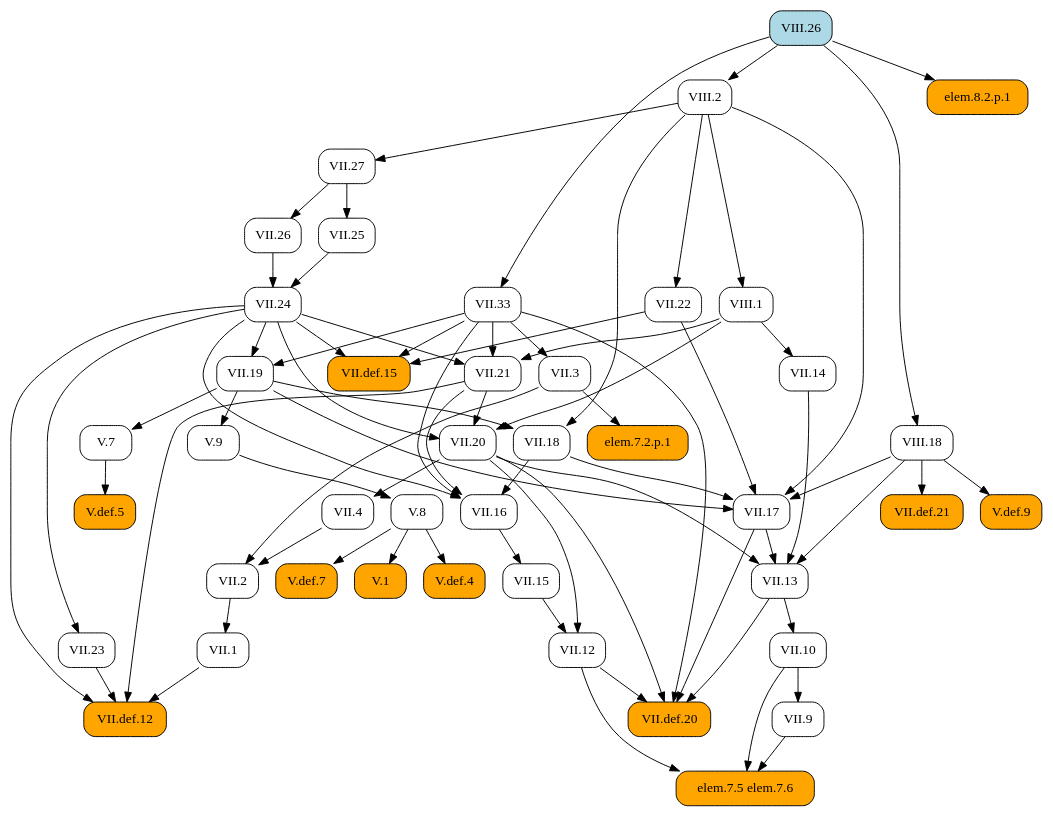
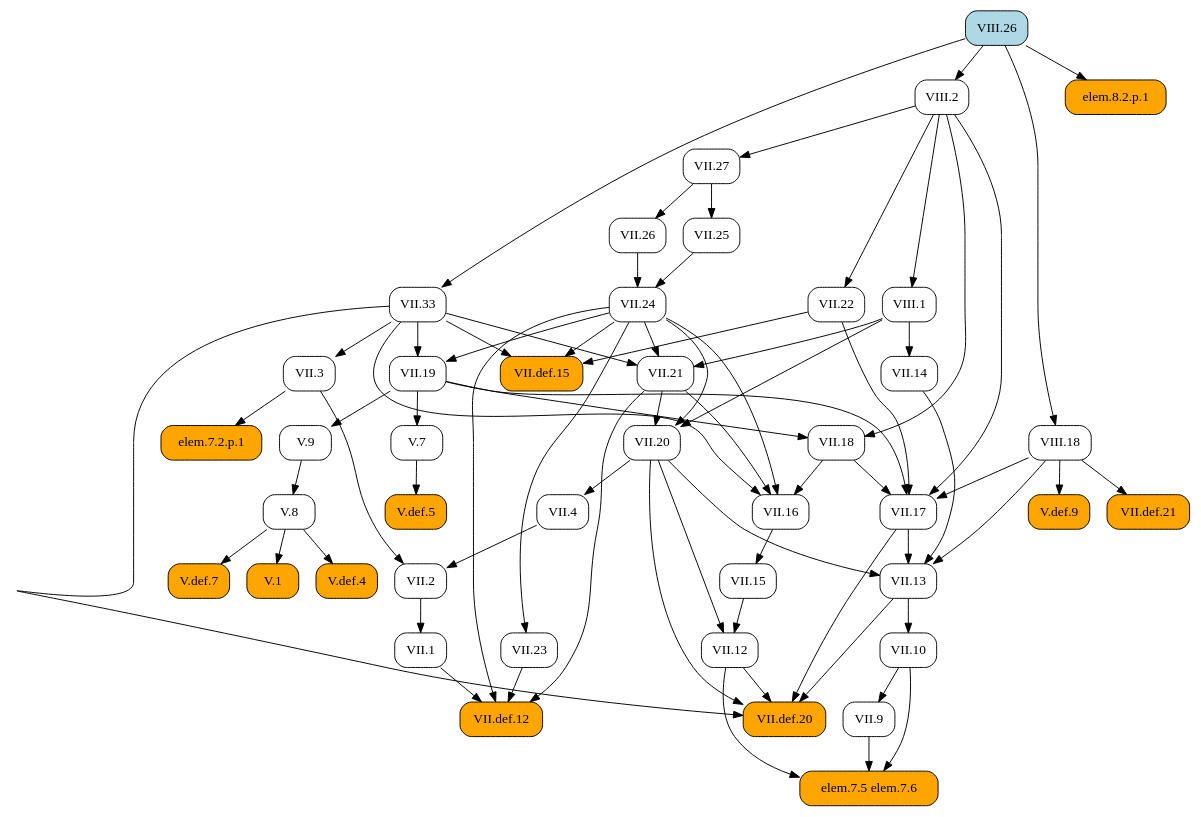
Before and after one commit to geometor/elements: the diagram in docsrc/heath/VIII/26/index.rst, drawn with Graphviz. The commit also changed other lines of this file and 1029 other files, not shown here.

```diff
--- a/docsrc/heath/VIII/26/index.rst
+++ b/docsrc/heath/VIII/26/index.rst
@@ -32,117 +32,117 @@
    digraph {
      rankdir="TB";
      node [shape=box, style=rounded];
-     "V.1" [style="rounded,filled", fillcolor=orange, URL="/heath/V/1/", target="_top"];
-     "VII.12" [URL="/heath/VII/12/", target="_top"];
-     "VII.16" [URL="/heath/VII/16/", target="_top"];
-     "VII.13" [URL="/heath/VII/13/", target="_top"];
-     "VII.14" [URL="/heath/VII/14/", target="_top"];
-     "V.def.4" [style="rounded,filled", fillcolor=orange, URL="/heath/V/def.4/", target="_top"];
-     "VII.def.15" [style="rounded,filled", fillcolor=orange, URL="/heath/VII/def.15/", target="_top"];
-     "VII.18" [URL="/heath/VII/18/", target="_top"];
-     "V.8" [URL="/heath/V/8/", target="_top"];
-     "VII.21" [URL="/heath/VII/21/", target="_top"];
-     "V.7" [URL="/heath/V/7/", target="_top"];
-     "VII.15" [URL="/heath/VII/15/", target="_top"];
-     "VII.def.12" [style="rounded,filled", fillcolor=orange, URL="/heath/VII/def.12/", target="_top"];
-     "VIII.18" [URL="/heath/VIII/18/", target="_top"];
-     "VII.2" [URL="/heath/VII/2/", target="_top"];
-     "VII.def.20" [style="rounded,filled", fillcolor=orange, URL="/heath/VII/def.20/", target="_top"];
+     "VII.1" [URL="/heath/VII/1/", target="_top"];
+     "VIII.26" [style="rounded,filled", fillcolor=lightblue, URL="/heath/VIII/26/", target="_top"];
+     "VII.9" [URL="/heath/VII/9/", target="_top"];
+     "V.def.5" [style="rounded,filled", fillcolor=orange, URL="/heath/V/def.5/", target="_top"];
+     "VII.17" [URL="/heath/VII/17/", target="_top"];
      "VII.3" [URL="/heath/VII/3/", target="_top"];
      "elem.7.5 elem.7.6" [style="rounded,filled", fillcolor=orange];
+     "VII.def.21" [style="rounded,filled", fillcolor=orange, URL="/heath/VII/def.21/", target="_top"];
+     "V.7" [URL="/heath/V/7/", target="_top"];
+     "V.9" [URL="/heath/V/9/", target="_top"];
+     "VII.13" [URL="/heath/VII/13/", target="_top"];
+     "VII.2" [URL="/heath/VII/2/", target="_top"];
+     "VIII.1" [URL="/heath/VIII/1/", target="_top"];
+     "VIII.2" [URL="/heath/VIII/2/", target="_top"];
+     "VII.12" [URL="/heath/VII/12/", target="_top"];
+     "VII.24" [URL="/heath/VII/24/", target="_top"];
+     "VII.def.12" [style="rounded,filled", fillcolor=orange, URL="/heath/VII/def.12/", target="_top"];
+     "V.8" [URL="/heath/V/8/", target="_top"];
+     "VII.33" [URL="/heath/VII/33/", target="_top"];
+     "V.def.9" [style="rounded,filled", fillcolor=orange, URL="/heath/V/def.9/", target="_top"];
+     "elem.7.2.p.1" [style="rounded,filled", fillcolor=orange];
+     "VIII.18" [URL="/heath/VIII/18/", target="_top"];
+     "VII.10" [URL="/heath/VII/10/", target="_top"];
+     "VII.def.15" [style="rounded,filled", fillcolor=orange, URL="/heath/VII/def.15/", target="_top"];
+     "VII.19" [URL="/heath/VII/19/", target="_top"];
+     "VII.18" [URL="/heath/VII/18/", target="_top"];
+     "VII.16" [URL="/heath/VII/16/", target="_top"];
+     "VII.26" [URL="/heath/VII/26/", target="_top"];
+     "VII.4" [URL="/heath/VII/4/", target="_top"];
+     "VII.25" [URL="/heath/VII/25/", target="_top"];
+     "VII.21" [URL="/heath/VII/21/", target="_top"];
+     "V.1" [style="rounded,filled", fillcolor=orange, URL="/heath/V/1/", target="_top"];
+     "VII.20" [URL="/heath/VII/20/", target="_top"];
+     "VII.14" [URL="/heath/VII/14/", target="_top"];
+     "VII.27" [URL="/heath/VII/27/", target="_top"];
+     "V.def.4" [style="rounded,filled", fillcolor=orange, URL="/heath/V/def.4/", target="_top"];
+     "VII.22" [URL="/heath/VII/22/", target="_top"];
+     "V.def.7" [style="rounded,filled", fillcolor=orange, URL="/heath/V/def.7/", target="_top"];
+     "VII.23" [URL="/heath/VII/23/", target="_top"];
+     "VII.15" [URL="/heath/VII/15/", target="_top"];
+     "VII.def.20" [style="rounded,filled", fillcolor=orange, URL="/heath/VII/def.20/", target="_top"];
      "elem.8.2.p.1" [style="rounded,filled", fillcolor=orange];
-     "VII.10" [URL="/heath/VII/10/", target="_top"];
-     "V.def.7" [style="rounded,filled", fillcolor=orange, URL="/heath/V/def.7/", target="_top"];
-     "V.def.9" [style="rounded,filled", fillcolor=orange, URL="/heath/V/def.9/", target="_top"];
-     "VII.20" [URL="/heath/VII/20/", target="_top"];
-     "VII.9" [URL="/heath/VII/9/", target="_top"];
-     "VIII.1" [URL="/heath/VIII/1/", target="_top"];
-     "VII.25" [URL="/heath/VII/25/", target="_top"];
-     "VII.23" [URL="/heath/VII/23/", target="_top"];
-     "VII.27" [URL="/heath/VII/27/", target="_top"];
-     "VIII.2" [URL="/heath/VIII/2/", target="_top"];
-     "VII.24" [URL="/heath/VII/24/", target="_top"];
-     "VII.19" [URL="/heath/VII/19/", target="_top"];
-     "VII.4" [URL="/heath/VII/4/", target="_top"];
-     "elem.7.2.p.1" [style="rounded,filled", fillcolor=orange];
-     "V.9" [URL="/heath/V/9/", target="_top"];
-     "VII.26" [URL="/heath/VII/26/", target="_top"];
-     "VII.1" [URL="/heath/VII/1/", target="_top"];
-     "VII.22" [URL="/heath/VII/22/", target="_top"];
-     "VIII.26" [style="rounded,filled", fillcolor=lightblue, URL="/heath/VIII/26/", target="_top"];
-     "VII.33" [URL="/heath/VII/33/", target="_top"];
-     "VII.def.21" [style="rounded,filled", fillcolor=orange, URL="/heath/VII/def.21/", target="_top"];
-     "V.def.5" [style="rounded,filled", fillcolor=orange, URL="/heath/V/def.5/", target="_top"];
-     "VII.17" [URL="/heath/VII/17/", target="_top"];
-     "V.8" -> "V.1";
-     "VII.15" -> "VII.12";
-     "VII.20" -> "VII.12";
-     "VII.18" -> "VII.16";
-     "VII.21" -> "VII.16";
-     "VII.24" -> "VII.16";
-     "VII.33" -> "VII.16";
-     "VII.14" -> "VII.13";
-     "VII.17" -> "VII.13";
-     "VII.20" -> "VII.13";
-     "VIII.18" -> "VII.13";
-     "VIII.1" -> "VII.14";
-     "V.8" -> "V.def.4";
-     "VII.22" -> "VII.def.15";
-     "VII.24" -> "VII.def.15";
-     "VII.33" -> "VII.def.15";
-     "VII.19" -> "VII.18";
-     "VIII.2" -> "VII.18";
-     "V.9" -> "V.8";
-     "VII.24" -> "VII.21";
-     "VII.33" -> "VII.21";
-     "VIII.1" -> "VII.21";
-     "VII.19" -> "V.7";
-     "VII.16" -> "VII.15";
-     "VII.1" -> "VII.def.12";
-     "VII.21" -> "VII.def.12";
-     "VII.23" -> "VII.def.12";
-     "VII.24" -> "VII.def.12";
-     "VIII.26" -> "VIII.18";
-     "VII.3" -> "VII.2";
-     "VII.4" -> "VII.2";
-     "VII.12" -> "VII.def.20";
-     "VII.13" -> "VII.def.20";
-     "VII.17" -> "VII.def.20";
-     "VII.20" -> "VII.def.20";
-     "VII.33" -> "VII.def.20";
-     "VII.33" -> "VII.3";
-     "VII.9" -> "elem.7.5 elem.7.6";
-     "VII.10" -> "elem.7.5 elem.7.6";
-     "VII.12" -> "elem.7.5 elem.7.6";
-     "VIII.26" -> "elem.8.2.p.1";
-     "VII.13" -> "VII.10";
-     "V.8" -> "V.def.7";
-     "VIII.18" -> "V.def.9";
-     "VII.21" -> "VII.20";
-     "VII.24" -> "VII.20";
-     "VIII.1" -> "VII.20";
+     "VII.2" -> "VII.1";
      "VII.10" -> "VII.9";
-     "VIII.2" -> "VIII.1";
-     "VII.27" -> "VII.25";
-     "VII.24" -> "VII.23";
-     "VIII.2" -> "VII.27";
-     "VIII.26" -> "VIII.2";
-     "VII.25" -> "VII.24";
-     "VII.26" -> "VII.24";
-     "VII.24" -> "VII.19";
-     "VII.33" -> "VII.19";
-     "VII.20" -> "VII.4";
-     "VII.3" -> "elem.7.2.p.1";
-     "VII.19" -> "V.9";
-     "VII.27" -> "VII.26";
-     "VII.2" -> "VII.1";
-     "VIII.2" -> "VII.22";
-     "VIII.26" -> "VII.33";
-     "VIII.18" -> "VII.def.21";
      "V.7" -> "V.def.5";
      "VII.18" -> "VII.17";
      "VII.19" -> "VII.17";
      "VII.22" -> "VII.17";
      "VIII.2" -> "VII.17";
      "VIII.18" -> "VII.17";
+     "VII.33" -> "VII.3";
+     "VII.9" -> "elem.7.5 elem.7.6";
+     "VII.10" -> "elem.7.5 elem.7.6";
+     "VII.12" -> "elem.7.5 elem.7.6";
+     "VIII.18" -> "VII.def.21";
+     "VII.19" -> "V.7";
+     "VII.19" -> "V.9";
+     "VII.14" -> "VII.13";
+     "VII.17" -> "VII.13";
+     "VII.20" -> "VII.13";
+     "VIII.18" -> "VII.13";
+     "VII.3" -> "VII.2";
+     "VII.4" -> "VII.2";
+     "VIII.2" -> "VIII.1";
+     "VIII.26" -> "VIII.2";
+     "VII.15" -> "VII.12";
+     "VII.20" -> "VII.12";
+     "VII.25" -> "VII.24";
+     "VII.26" -> "VII.24";
+     "VII.1" -> "VII.def.12";
+     "VII.21" -> "VII.def.12";
+     "VII.23" -> "VII.def.12";
+     "VII.24" -> "VII.def.12";
+     "V.9" -> "V.8";
+     "VIII.26" -> "VII.33";
+     "VIII.18" -> "V.def.9";
+     "VII.3" -> "elem.7.2.p.1";
+     "VIII.26" -> "VIII.18";
+     "VII.13" -> "VII.10";
+     "VII.22" -> "VII.def.15";
+     "VII.24" -> "VII.def.15";
+     "VII.33" -> "VII.def.15";
+     "VII.24" -> "VII.19";
+     "VII.33" -> "VII.19";
+     "VII.19" -> "VII.18";
+     "VIII.2" -> "VII.18";
+     "VII.18" -> "VII.16";
+     "VII.21" -> "VII.16";
+     "VII.24" -> "VII.16";
+     "VII.33" -> "VII.16";
+     "VII.27" -> "VII.26";
+     "VII.20" -> "VII.4";
+     "VII.27" -> "VII.25";
+     "VII.24" -> "VII.21";
+     "VII.33" -> "VII.21";
+     "VIII.1" -> "VII.21";
+     "V.8" -> "V.1";
+     "VII.21" -> "VII.20";
+     "VII.24" -> "VII.20";
+     "VIII.1" -> "VII.20";
+     "VIII.1" -> "VII.14";
+     "VIII.2" -> "VII.27";
+     "V.8" -> "V.def.4";
+     "VIII.2" -> "VII.22";
+     "V.8" -> "V.def.7";
+     "VII.24" -> "VII.23";
+     "VII.16" -> "VII.15";
+     "VII.12" -> "VII.def.20";
+     "VII.13" -> "VII.def.20";
+     "VII.17" -> "VII.def.20";
+     "VII.20" -> "VII.def.20";
+     "VII.33" -> "VII.def.20";
+     "VIII.26" -> "elem.8.2.p.1";
    }
```
